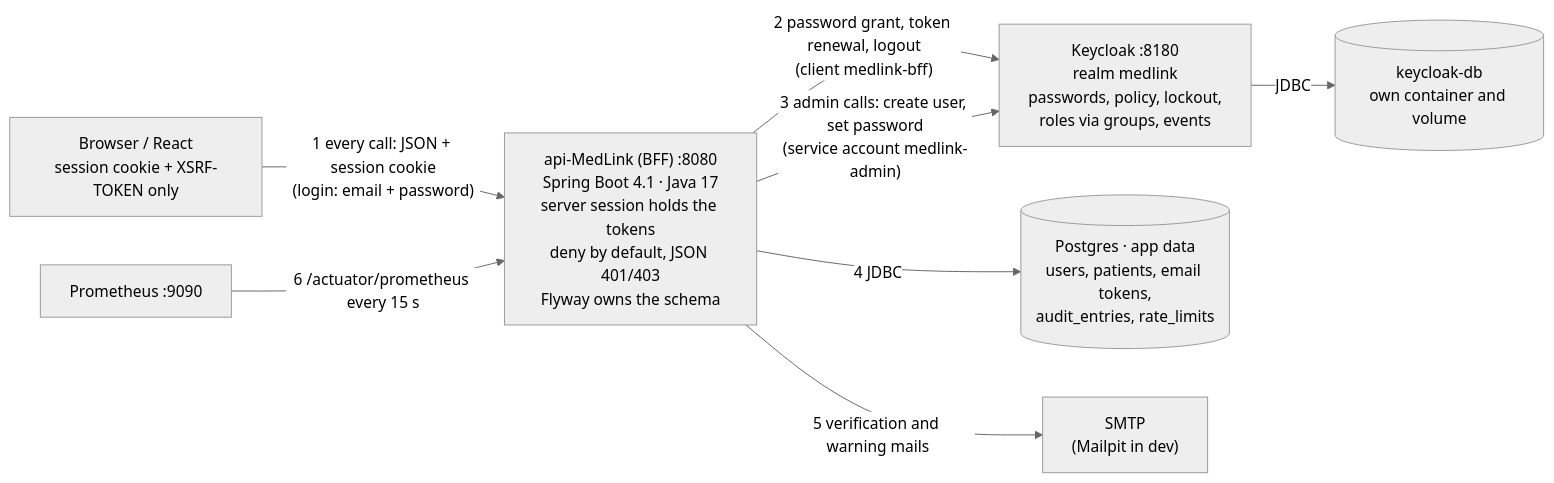
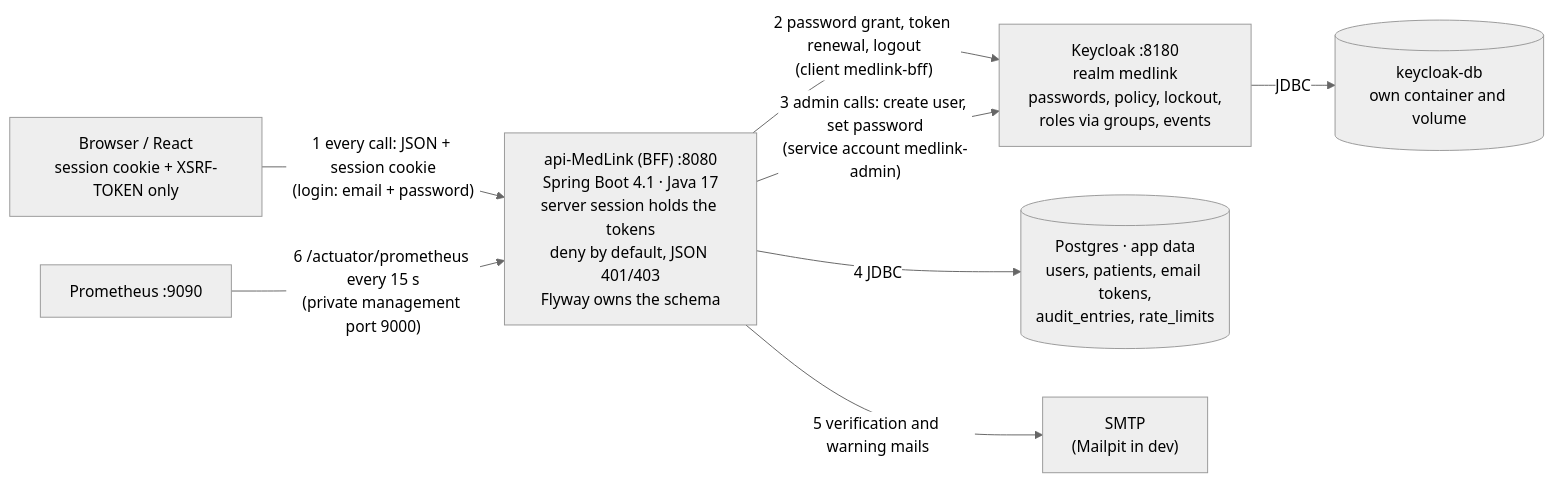
Before and after one commit to assali-mohamed-ali/api-MedLink: the first of 5 diagrams in docs/ARCHITECTURE.md, drawn with Mermaid (neutral theme). The commit also changed other lines of this file and 13 other files, not shown here.

First line of the commit message:
fix: metrics only on a private management port in production, health on /readyz

````diff
--- a/docs/ARCHITECTURE.md
+++ b/docs/ARCHITECTURE.md
@@ -33,17 +33,17 @@
 ```mermaid
 flowchart LR
   BR["Browser / React<br/>session cookie + XSRF-TOKEN only"]
   API["api-MedLink (BFF) :8080<br/>Spring Boot 4.1 · Java 17<br/>server session holds the tokens<br/>deny by default, JSON 401/403<br/>Flyway owns the schema"]
   KC["Keycloak :8180<br/>realm medlink<br/>passwords, policy, lockout,<br/>roles via groups, events"]
   KCDB[("keycloak-db<br/>own container and volume")]
   APPDB[("Postgres · app data<br/>users, patients, email tokens,<br/>audit_entries, rate_limits")]
   MAIL["SMTP<br/>(Mailpit in dev)"]
   PROM["Prometheus :9090"]
   BR -- "1 every call: JSON + session cookie<br/>(login: email + password)" --> API
   API -- "2 password grant, token renewal, logout<br/>(client medlink-bff)" --> KC
   API -- "3 admin calls: create user, set password<br/>(service account medlink-admin)" --> KC
   API -- "4 JDBC" --> APPDB
   KC -- "JDBC" --> KCDB
   API -- "5 verification and warning mails" --> MAIL
-  PROM -- "6 /actuator/prometheus every 15 s" --> API
+  PROM -- "6 /actuator/prometheus every 15 s<br/>(private management port 9000)" --> API
 ```
````
